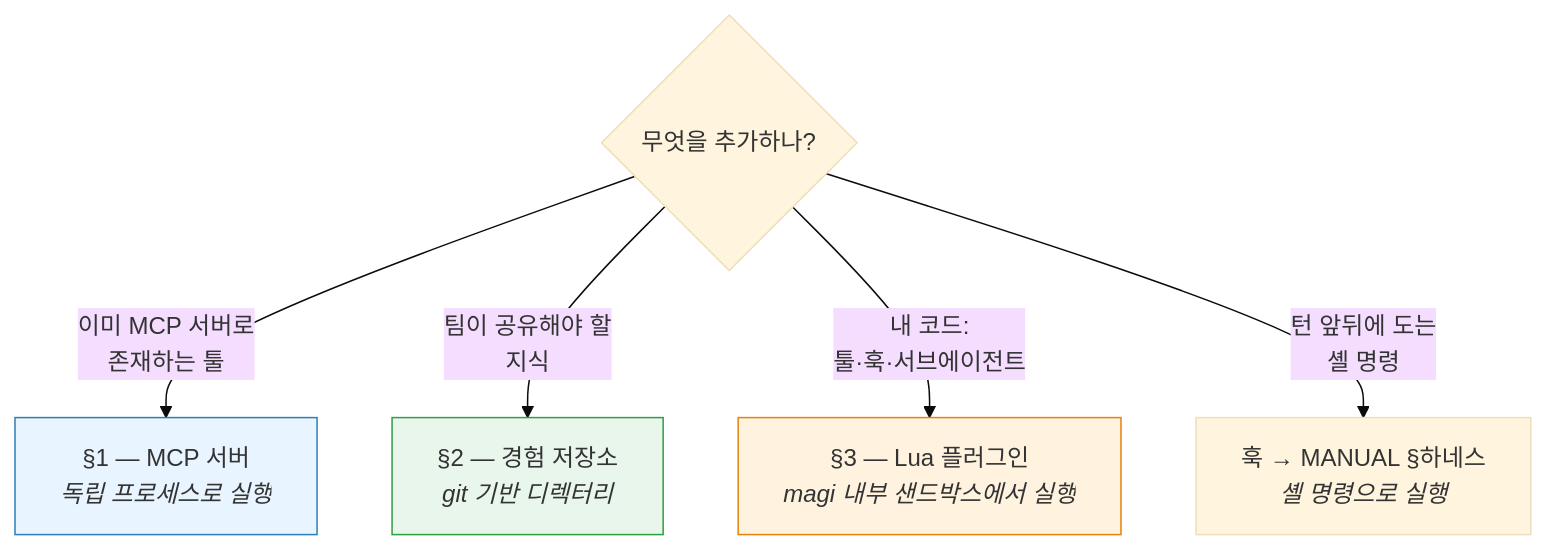
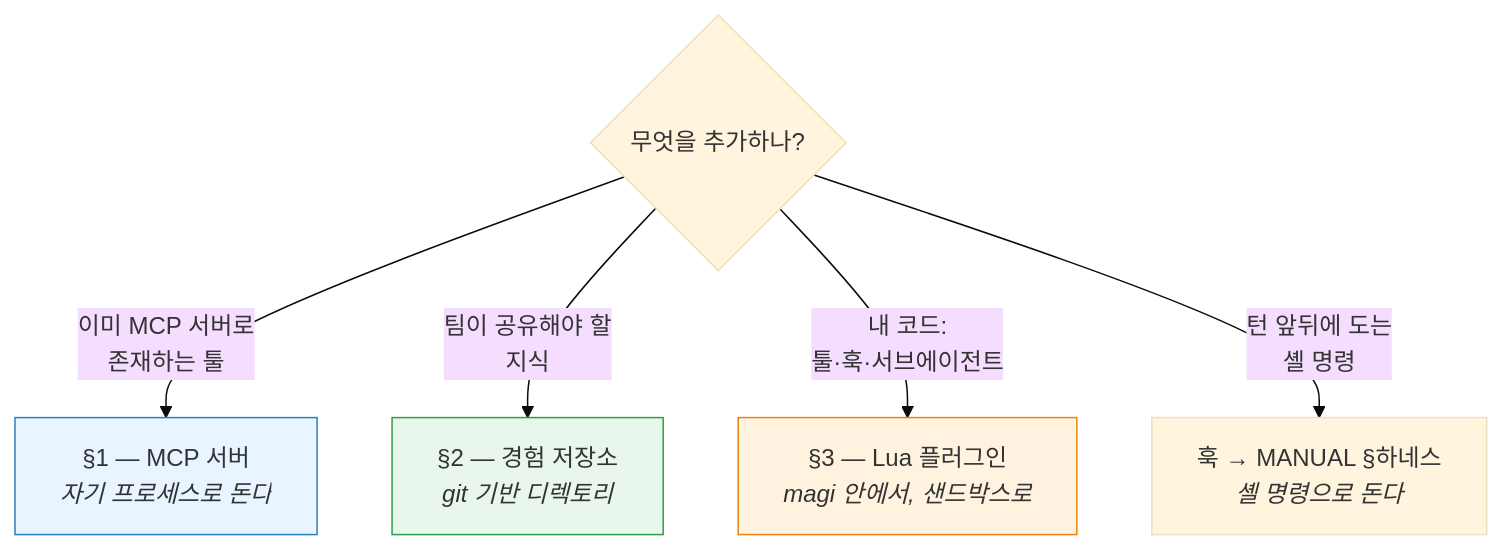
One commit to sayaya1090/magi changed the first of 6 diagrams in docs/EXTENDING.ko.md. Above: the diagram before and after it, drawn with Mermaid (base theme). The commit also changed other lines of this file and 4 other files, not shown here.

````diff
--- a/docs/EXTENDING.ko.md
+++ b/docs/EXTENDING.ko.md
@@ -11,12 +13,12 @@
 ```mermaid
 flowchart TD
     Q{무엇을 추가하나?}
-    Q -->|이미 MCP 서버로<br/>존재하는 툴| MCP["§1 — MCP 서버<br/><i>독립 프로세스로 실행</i>"]
-    Q -->|팀이 공유해야 할<br/>지식| EXP["§2 — 경험 저장소<br/><i>git 기반 디렉터리</i>"]
-    Q -->|내 코드:<br/>툴·훅·서브에이전트| LUA["§3 — Lua 플러그인<br/><i>magi 내부 샌드박스에서 실행</i>"]
-    Q -->|턴 앞뒤에 도는<br/>셸 명령| HOOK["훅 → MANUAL §하네스<br/><i>셸 명령으로 실행</i>"]
+    Q -->|이미 MCP 서버로<br/>존재하는 툴| MCP["§1 — MCP 서버<br/><i>자기 프로세스로 돈다</i>"]
+    Q -->|팀이 공유해야 할<br/>지식| EXP["§2 — 경험 저장소<br/><i>git 기반 디렉토리</i>"]
+    Q -->|내 코드:<br/>툴·훅·서브에이전트| LUA["§3 — Lua 플러그인<br/><i>magi 안에서, 샌드박스로</i>"]
+    Q -->|턴 앞뒤에 도는<br/>셸 명령| HOOK["훅 → MANUAL §하네스<br/><i>셸 명령으로 돈다</i>"]
 
     style LUA fill:#fff3e0,stroke:#e8820c
     style MCP fill:#e8f4ff,stroke:#2c7fb8
     style EXP fill:#e8f6ec,stroke:#2f9e44
 ```
````
